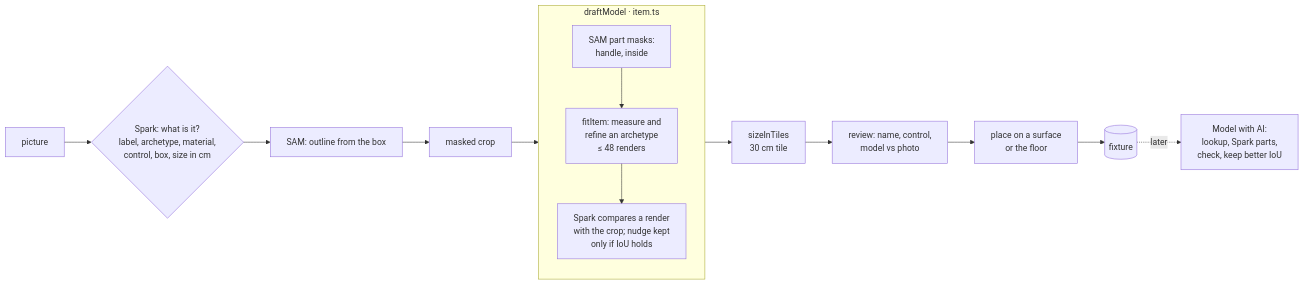
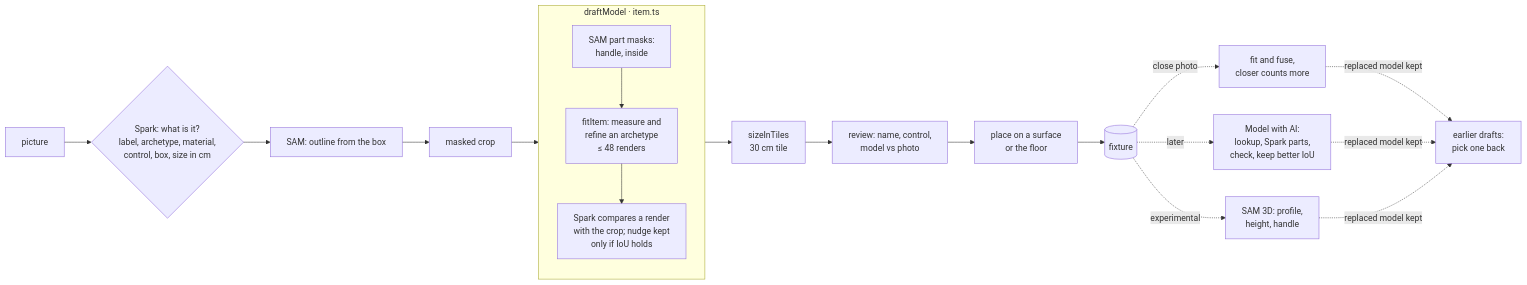
Before and after one commit to alex-red/living-layer: the diagram in docs/image-to-fixture.md, drawn with Mermaid. The commit also changed other lines of this file and 2 other files, not shown here.

````diff
--- a/docs/image-to-fixture.md
+++ b/docs/image-to-fixture.md
@@ -7,17 +11,20 @@
 ```mermaid
 flowchart LR
   P[picture] --> C{Spark: what is it?<br/>label, archetype, material,<br/>control, box, size in cm}
   C --> S[SAM: outline from the box]
   S --> K[masked crop]
   K --> M[draftModel]
   subgraph M[draftModel · item.ts]
     direction TB
     M1[SAM part masks:<br/>handle, inside] --> M2[fitItem: measure and<br/>refine an archetype<br/>≤ 48 renders]
     M2 --> M3[Spark compares a render<br/>with the crop; nudge kept<br/>only if IoU holds]
   end
   M --> Z[sizeInTiles<br/>30 cm tile]
   Z --> R[review: name, control,<br/>model vs photo]
   R --> L[place on a surface<br/>or the floor]
   L --> F[(fixture)]
+  F -. close photo .-> P2[fit and fuse,<br/>closer counts more]
   F -. later .-> A[Model with AI:<br/>lookup, Spark parts,<br/>check, keep better IoU]
+  F -. experimental .-> S3[SAM 3D: profile,<br/>height, handle]
+  P2 & A & S3 -. replaced model kept .-> D[earlier drafts:<br/>pick one back]
 ```
````
